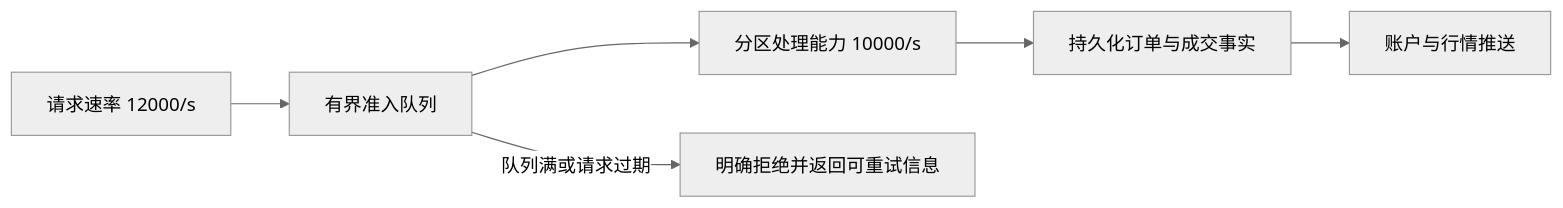
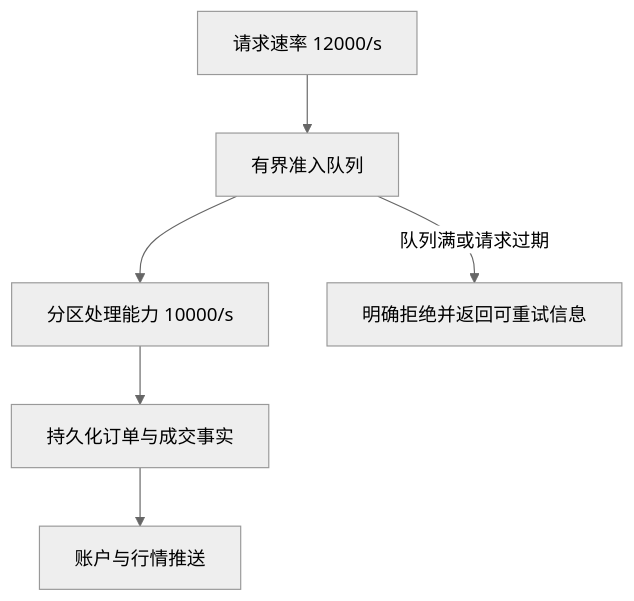
One commit to xiaoheng008/futures changed the first of 2 diagrams in content/book/ch10-capacity-operations/_index.md. Above: the diagram before and after it, drawn with Mermaid (neutral theme). The commit also changed other lines of this file and 33 other files, not shown here.

````diff
--- a/content/book/ch10-capacity-operations/_index.md
+++ b/content/book/ch10-capacity-operations/_index.md
@@ -26,8 +28,8 @@
 ```mermaid
-flowchart LR
-  I[请求速率 12000/s] --> Q[有界准入队列]
-  Q --> M[分区处理能力 10000/s]
-  Q -->|队列满或请求过期| R[明确拒绝并返回可重试信息]
-  M --> S[持久化订单与成交事实]
-  S --> P[账户与行情推送]
+flowchart TD
+  I["请求速率 12000/s"] --> Q["有界准入队列"]
+  Q --> M["分区处理能力 10000/s"]
+  Q -->|队列满或请求过期| R["明确拒绝并返回可重试信息"]
+  M --> S["持久化订单与成交事实"]
+  S --> P["账户与行情推送"]
 ```
````
